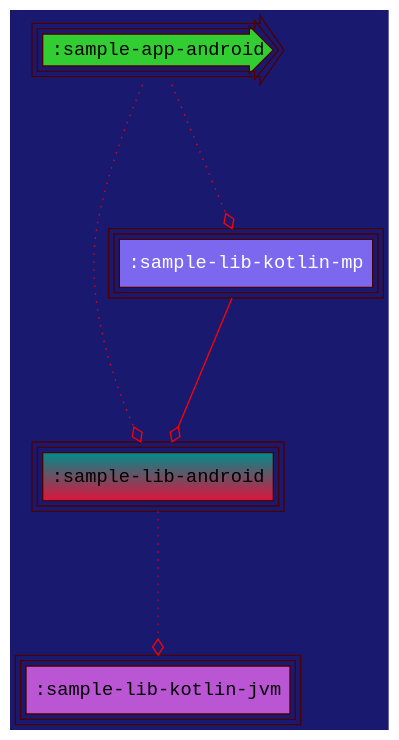
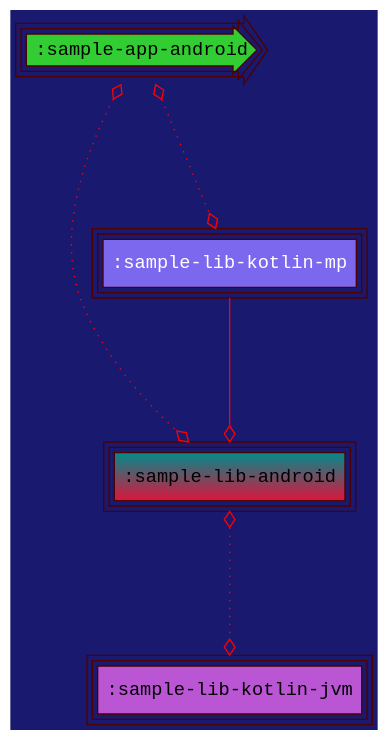
Before and after one commit to jonapoul/atlas: the diagram in samples/sample-graphviz/sample-lib-android/modular/chart.dot, drawn with Graphviz. The commit also changed 58 other files, not shown here.

```diff
--- a/samples/sample-graphviz/sample-lib-android/modular/chart.dot
+++ b/samples/sample-graphviz/sample-lib-android/modular/chart.dot
@@ -1,13 +1,13 @@
 digraph {
   edge [arrowhead="ediamond",arrowtail="none",color="red",labelfloat="true",fontcolor="lime"]
   graph [layout="dot",bgcolor="MidnightBlue",fontsize="30",rankdir="TB",ranksep="1.5"]
   node [fontname="Courier New",peripheries="3",style="filled",shape="box",color="#4C0000"]
   ":sample-app-android" [shape="rarrow",style="radial",fillcolor="limegreen"]
   ":sample-lib-android" [gradientangle="90",fillcolor="crimson:cyan4"]
   ":sample-lib-kotlin-jvm" [fillcolor="mediumorchid"]
   ":sample-lib-kotlin-mp" [fontcolor="white",fillcolor="mediumslateblue"]
-  ":sample-app-android" -> ":sample-lib-android" [style="dotted"]
-  ":sample-app-android" -> ":sample-lib-kotlin-mp" [style="dotted"]
-  ":sample-lib-android" -> ":sample-lib-kotlin-jvm" [style="dotted"]
-  ":sample-lib-kotlin-mp" -> ":sample-lib-android" [style="solid"]
+  ":sample-app-android" -> ":sample-lib-android" [style="dotted",dir="both",arrowtail="ediamond"]
+  ":sample-app-android" -> ":sample-lib-kotlin-mp" [style="dotted",dir="both",arrowtail="ediamond"]
+  ":sample-lib-android" -> ":sample-lib-kotlin-jvm" [style="dotted",dir="both",arrowtail="ediamond"]
+  ":sample-lib-kotlin-mp" -> ":sample-lib-android" [style="solid",weight="5"]
 }
```
